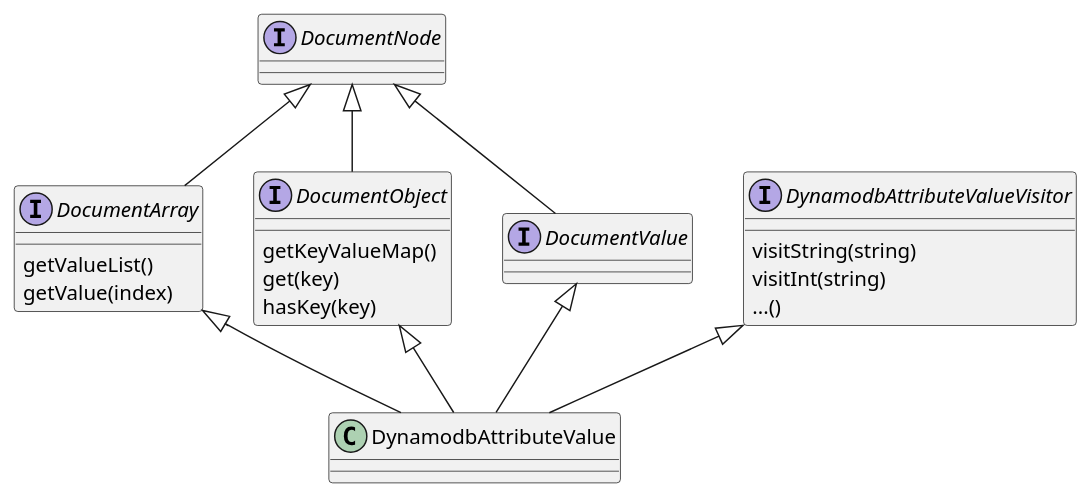
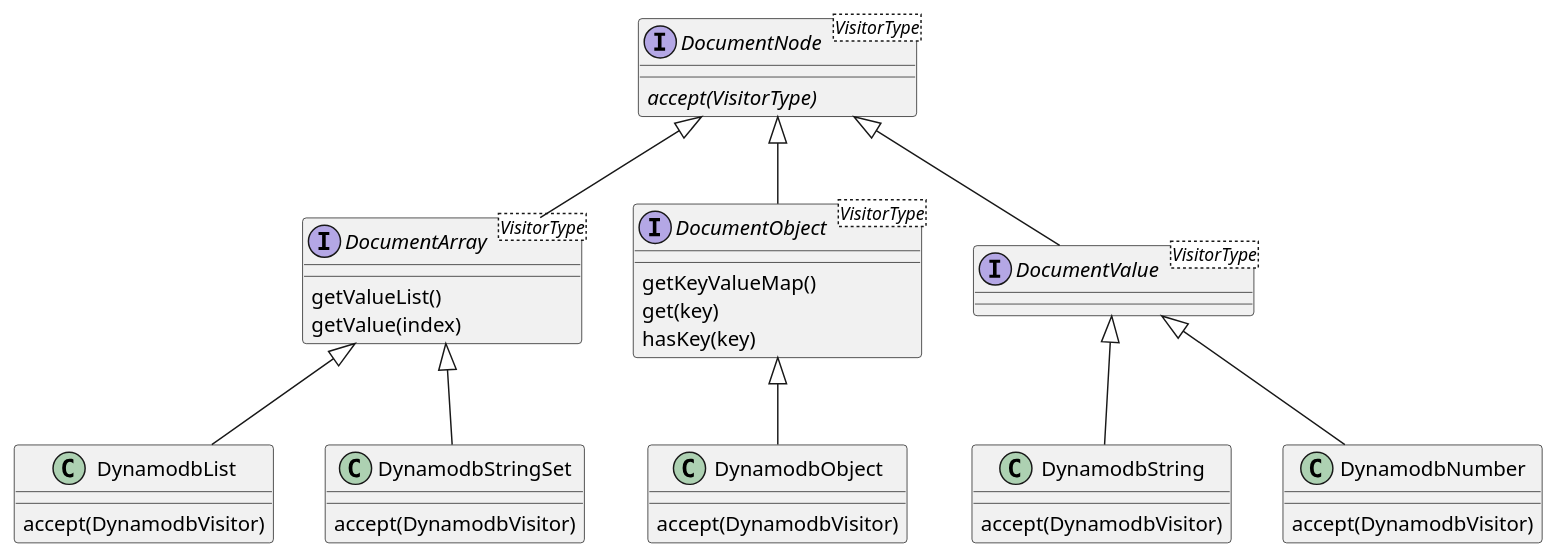
The diagram in doc/diagrams/documentnode.puml (exasol/dynamodb-virtual-schema), drawn with PlantUML before and after one commit. The commit also changed 25 other files, not shown here.

```diff
--- a/doc/diagrams/documentnode.puml
+++ b/doc/diagrams/documentnode.puml
@@ -1,29 +1,48 @@
 @startuml
 
-interface DocumentNode
-interface DocumentArray{
+interface DocumentNode<VisitorType>{
+{abstract} accept(VisitorType)
+}
+interface DocumentArray<VisitorType>{
 getValueList()
 getValue(index)
 }
-interface DocumentObject{
+interface DocumentObject<VisitorType>{
 getKeyValueMap()
 get(key)
 hasKey(key)
 }
-interface DocumentValue
-interface DynamodbAttributeValueVisitor{
-visitString(string)
-visitInt(string)
-...()
+interface DocumentValue<VisitorType>{
 }
 
 DocumentNode <|-- DocumentArray
 DocumentNode <|-- DocumentObject
 DocumentNode <|-- DocumentValue
 
-DocumentArray <|-- DynamodbAttributeValue
-DocumentObject <|-- DynamodbAttributeValue
-DocumentValue <|-- DynamodbAttributeValue
-DynamodbAttributeValueVisitor <|-- DynamodbAttributeValue
+DocumentArray <|-- DynamodbList
+DocumentArray <|-- DynamodbStringSet
+DocumentObject <|-- DynamodbObject
+DocumentValue <|-- DynamodbString
+DocumentValue <|-- DynamodbNumber
+
+class DynamodbList{
+accept(DynamodbVisitor)
+}
+
+class DynamodbStringSet{
+accept(DynamodbVisitor)
+}
+
+class DynamodbObject{
+accept(DynamodbVisitor)
+}
+
+class DynamodbString{
+accept(DynamodbVisitor)
+}
+
+class DynamodbNumber{
+accept(DynamodbVisitor)
+}
 
 @enduml
```
